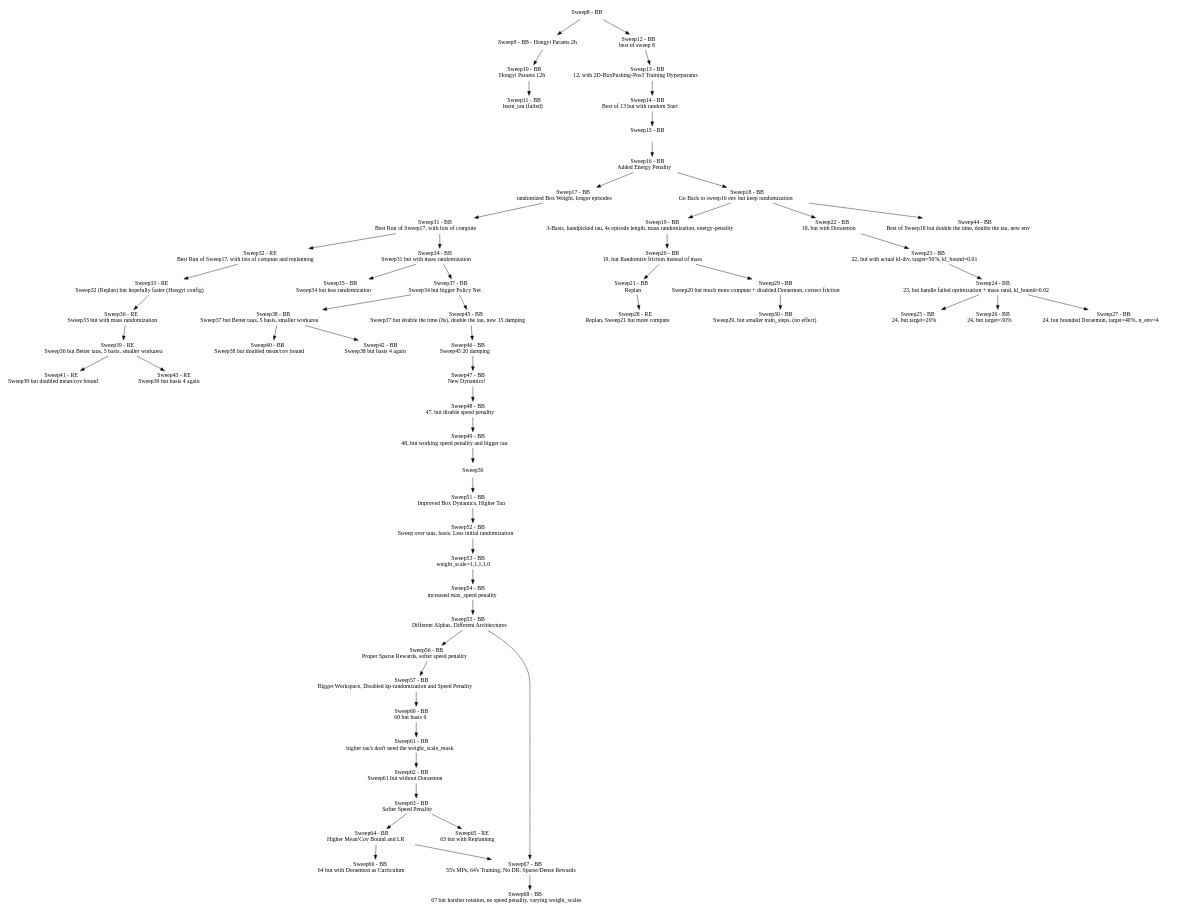
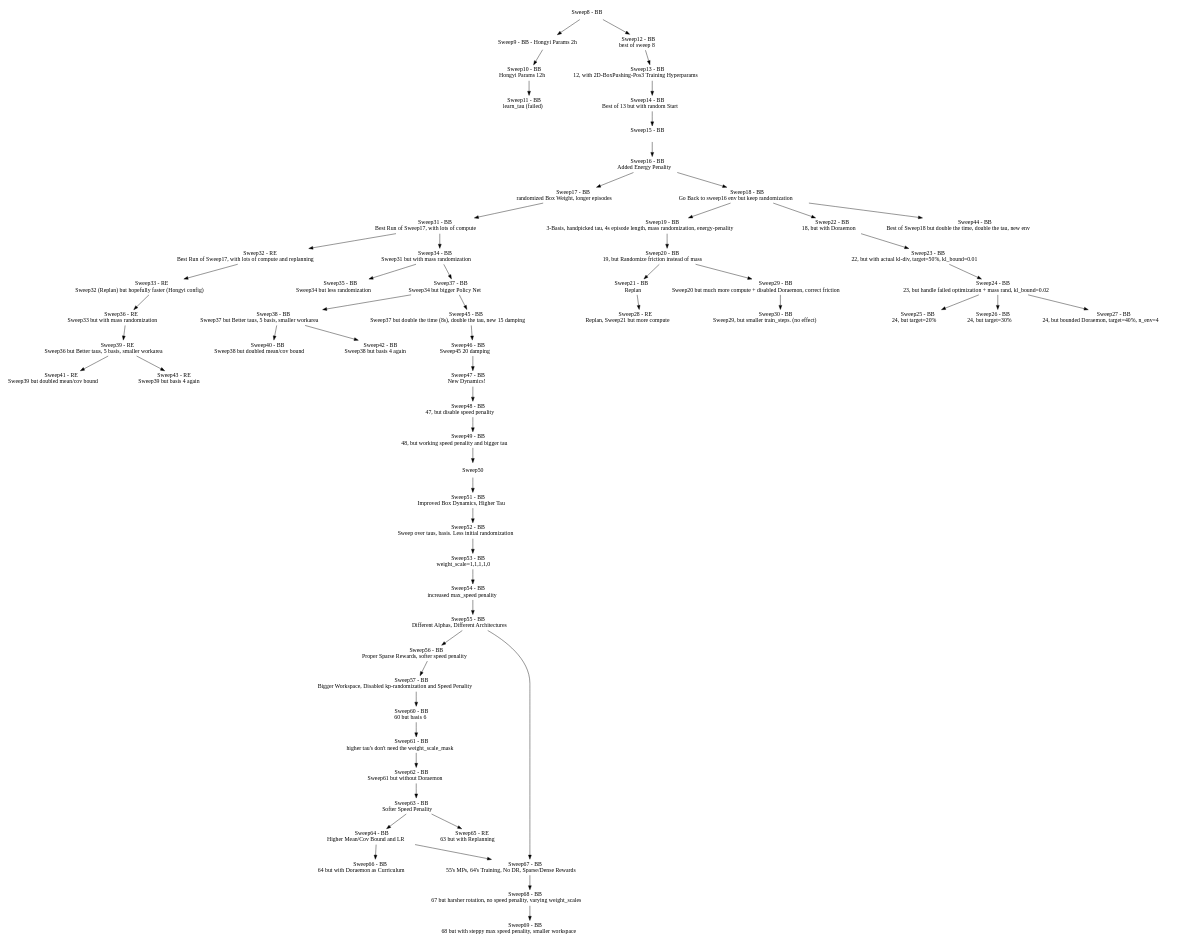
One commit to maxmunzel/fancy_gym changed the diagram in sweeps.dot. Above: the diagram before and after it, drawn with Graphviz. The commit also changed 2 other files, not shown here.

Commit message:
Sweep69 - BB -- 68 but with steppy max speed penality, smaller workspace

```diff
--- a/sweeps.dot
+++ b/sweeps.dot
@@ -1,123 +1,125 @@
 digraph Sweeps {
     // Nodes
     node [shape=plaintext]
     "Sweep8"  [label=<Sweep8 - BB>];
     "Sweep9"  [label=<Sweep9 - BB - Hongyi Params 2h>];
     "Sweep10" [label=<Sweep10 - BB <BR/> Hongyi Params 12h>];
     "Sweep11" [label=<Sweep11 - BB <BR/> learn_tau (failed)>];
     "Sweep12" [label=<Sweep12 - BB <BR/> best of sweep 8>];
     "Sweep13" [label=<Sweep13 - BB <BR/> 12, with 2D-BoxPushing-Pos3 Training Hyperparams>];
     "Sweep14" [label=<Sweep14 - BB <BR/> Best of 13 but with random Start>];
     "Sweep15" [label=<Sweep15 - BB <BR/> >];
     "Sweep16" [label=<Sweep16 - BB <BR/> Added Energy Penality>];
     "Sweep17" [label=<Sweep17 - BB <BR/> randomized Box Weight, longer episodes>];
     "Sweep18" [label=<Sweep18 - BB <BR/> Go Back to sweep16 env but keep randomization>];
     "Sweep19" [label=<Sweep19 - BB <BR/> 3-Basis, handpicked tau, 4s episode length, mass randomization, energy-penality>];
     "Sweep20" [label=<Sweep20 - BB <BR/> 19, but Randomize friction instead of mass>];
     "Sweep21" [label=<Sweep21 - BB <BR/> Replan>];
     "Sweep22" [label=<Sweep22 - BB <BR/> 18, but with Doraemon>];
     "Sweep23" [label=<Sweep23 - BB <BR/> 22, but with actual kl-div, target=50%, kl_bound=0.01>];
     "Sweep24" [label=<Sweep24 - BB <BR/> 23, but handle failed optimization + mass rand, kl_bound=0.02>];
     "Sweep25" [label=<Sweep25 - BB <BR/> 24, but target=20%>];
     "Sweep26" [label=<Sweep26 - BB <BR/> 24, but target=30%>];
     "Sweep27" [label=<Sweep27 - BB <BR/> 24, but bounded Doraemon, target=40%, n_env=4>];
     "Sweep28" [label=<Sweep28 - RE <BR/> Replan, Sweep21 but more compute>];
     "Sweep29" [label=<Sweep29 - BB <BR/> Sweep20 but much more compute + disabled Doraemon, correct friction>];
     "Sweep30" [label=<Sweep30 - BB <BR/> Sweep29, but smaller train_steps. (no effect)>];
     "Sweep31" [label=<Sweep31 - BB <BR/> Best Run of Sweep17, with lots of compute>];
     "Sweep32" [label=<Sweep32 - RE <BR/> Best Run of Sweep17, with lots of compute and replanning>];
     "Sweep33" [label=<Sweep33 - RE <BR/> Sweep32 (Replan) but hopefully faster (Hongyi config)>];
     "Sweep34" [label=<Sweep34 - BB <BR/> Sweep31 but with mass randomization>];
     "Sweep35" [label=<Sweep35 - BB <BR/> Sweep34 but less randomization>];
     "Sweep36" [label=<Sweep36 - RE <BR/> Sweep33 but with mass randomization>];
     "Sweep37" [label=<Sweep37 - BB <BR/> Sweep34 but bigger Policy Net>];
     "Sweep38" [label=<Sweep38 - BB <BR/> Sweep37 but Better taus, 5 basis, smaller workarea>];
     "Sweep39" [label=<Sweep39 - RE <BR/> Sweep36 but Better taus, 5 basis, smaller workarea>];
     "Sweep40" [label=<Sweep40 - BB <BR/> Sweep38 but doubled mean/cov bound>];
     "Sweep41" [label=<Sweep41 - RE <BR/> Sweep39 but doubled mean/cov bound>];
     "Sweep42" [label=<Sweep42 - BB <BR/> Sweep38 but basis 4 again>];
     "Sweep43" [label=<Sweep43 - RE <BR/> Sweep39 but basis 4 again>];
     "Sweep44" [label=<Sweep44 - BB <BR/> Best of Sweep18 but double the time, double the tau, new env>];
     "Sweep45" [label=<Sweep45 - BB <BR/> Sweep37 but double the time (8s), double the tau, new 15 damping>];
     "Sweep46" [label=<Sweep46 - BB <BR/> Sweep45 20 damping>];
     "Sweep47" [label=<Sweep47 - BB <BR/> New Dynamics! >];
     "Sweep48" [label=<Sweep48 - BB <BR/> 47, but disable speed penality  >];
     "Sweep49" [label=<Sweep49 - BB <BR/> 48, but working speed penality and bigger tau  >];
     "Sweep51" [label=<Sweep51 - BB <BR/> Improved Box Dynamics, Higher Tau>];
     "Sweep52" [label=<Sweep52 - BB <BR/> Sweep over taus, basis. Less initial randomization>];
     "Sweep53" [label=<Sweep53 - BB <BR/> weight_scale=1,1,1,1,0 >];
     "Sweep54" [label=<Sweep54 - BB <BR/> increased max_speed penality>];
     "Sweep55" [label=<Sweep55 - BB <BR/> Different Alphas, Different Architectures>];
     "Sweep56" [label=<Sweep56 - BB <BR/> Proper Sparse Rewards, softer speed penality>];
     "Sweep57" [label=<Sweep57 - BB <BR/> Bigger Workspace, Disabled kp-randomization and Speed Penality>];
     "Sweep60" [label=<Sweep60 - BB <BR/> 60 but basis 6>];
     "Sweep61" [label=<Sweep61 - BB <BR/> higher tau's don't need the weight_scale_mask>];
     "Sweep62" [label=<Sweep62 - BB <BR/> Sweep61 but without Doraemon>];
     "Sweep63" [label=<Sweep63 - BB <BR/> Softer Speed Penality >];
     "Sweep64" [label=<Sweep64 - BB <BR/> Higher Mean/Cov Bound and LR >];
     "Sweep65" [label=<Sweep65 - RE <BR/> 63 but with Replanning >];
     "Sweep66" [label=<Sweep66 - BB <BR/> 64 but with Doraemon as Curriculum >];
     "Sweep67" [label=<Sweep67 - BB <BR/> 55's MPs, 64's Training, No DR, Sparse/Dense Rewards >];
     "Sweep68" [label=<Sweep68 - BB <BR/> 67 but harsher rotation, no speed penality, varying weight_scales >];
+    "Sweep69" [label=<Sweep69 - BB <BR/> 68 but with steppy max speed penality, smaller workspace >];
 
     // Edges
     "Sweep8" -> "Sweep9"
     "Sweep9" -> "Sweep10"
     "Sweep10" -> "Sweep11"
     "Sweep8" -> "Sweep12"
     "Sweep12" -> "Sweep13"
     "Sweep13" -> "Sweep14"
     "Sweep16" -> "Sweep18"
     "Sweep18" -> "Sweep19"
     "Sweep19" -> "Sweep20"
     "Sweep21" -> "Sweep28"
     "Sweep20" -> "Sweep29"
     "Sweep29" -> "Sweep30"
     "Sweep17" -> "Sweep31"
     "Sweep31" -> "Sweep32"
     "Sweep32" -> "Sweep33"
     "Sweep31" -> "Sweep34"
     "Sweep34" -> "Sweep35"
     "Sweep33" -> "Sweep36"
     "Sweep34" -> "Sweep37"
     "Sweep37" -> "Sweep38"
     "Sweep36" -> "Sweep39"
     "Sweep38" -> "Sweep40"
     "Sweep39" -> "Sweep41"
     "Sweep38" -> "Sweep42"
     "Sweep39" -> "Sweep43"
     "Sweep18" -> "Sweep22"
     "Sweep22" -> "Sweep23"
     "Sweep23" -> "Sweep24"
     "Sweep24" -> "Sweep25"
     "Sweep24" -> "Sweep26"
     "Sweep24" -> "Sweep27"
     "Sweep18" -> "Sweep44"
     "Sweep14" -> "Sweep15"
     "Sweep15" -> "Sweep16"
     "Sweep16" -> "Sweep17"
     "Sweep20" -> "Sweep21"
     "Sweep37" -> "Sweep45"
     "Sweep45" -> "Sweep46"
     "Sweep46" -> "Sweep47"
     "Sweep47" -> "Sweep48"
     "Sweep48" -> "Sweep49"
     "Sweep49" -> "Sweep50"
     "Sweep50" -> "Sweep51"
     "Sweep51" -> "Sweep52"
     "Sweep52" -> "Sweep53"
     "Sweep53" -> "Sweep54"
     "Sweep54" -> "Sweep55"
     "Sweep55" -> "Sweep56"
     "Sweep56" -> "Sweep57"
     "Sweep57" -> "Sweep60"
     "Sweep60" -> "Sweep61"
     "Sweep61" -> "Sweep62"
     "Sweep62" -> "Sweep63"
     "Sweep63" -> "Sweep64"
     "Sweep63" -> "Sweep65"
     "Sweep64" -> "Sweep66"
     "Sweep55" -> "Sweep67"
     "Sweep64" -> "Sweep67"
     "Sweep67" -> "Sweep68"
+    "Sweep68" -> "Sweep69"
 }
```
